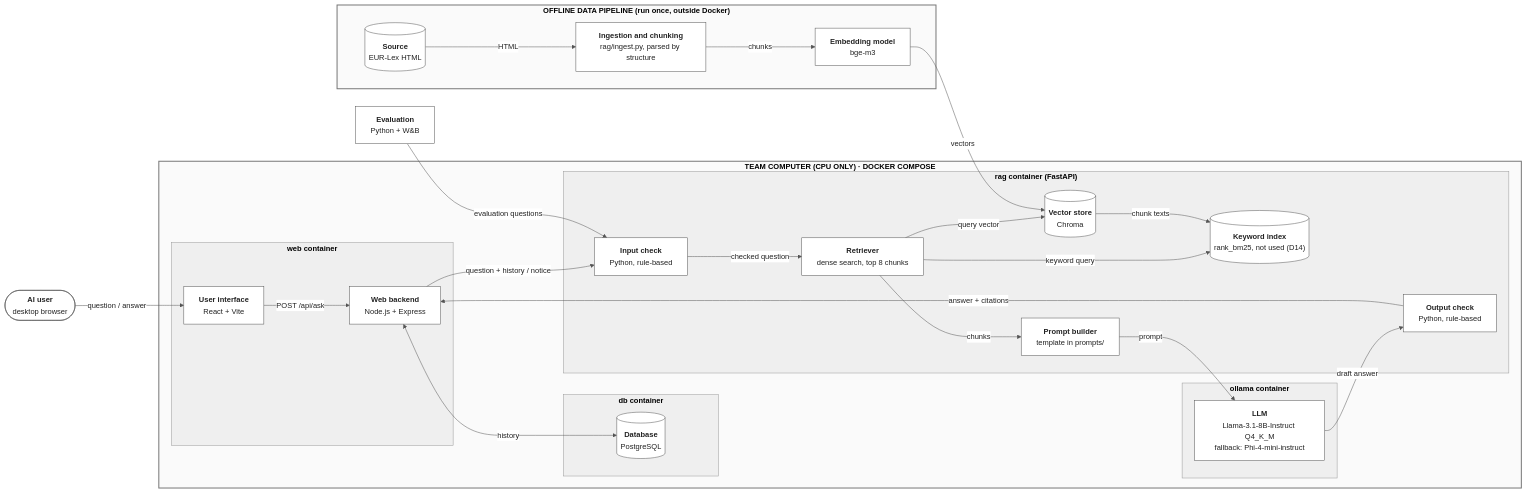
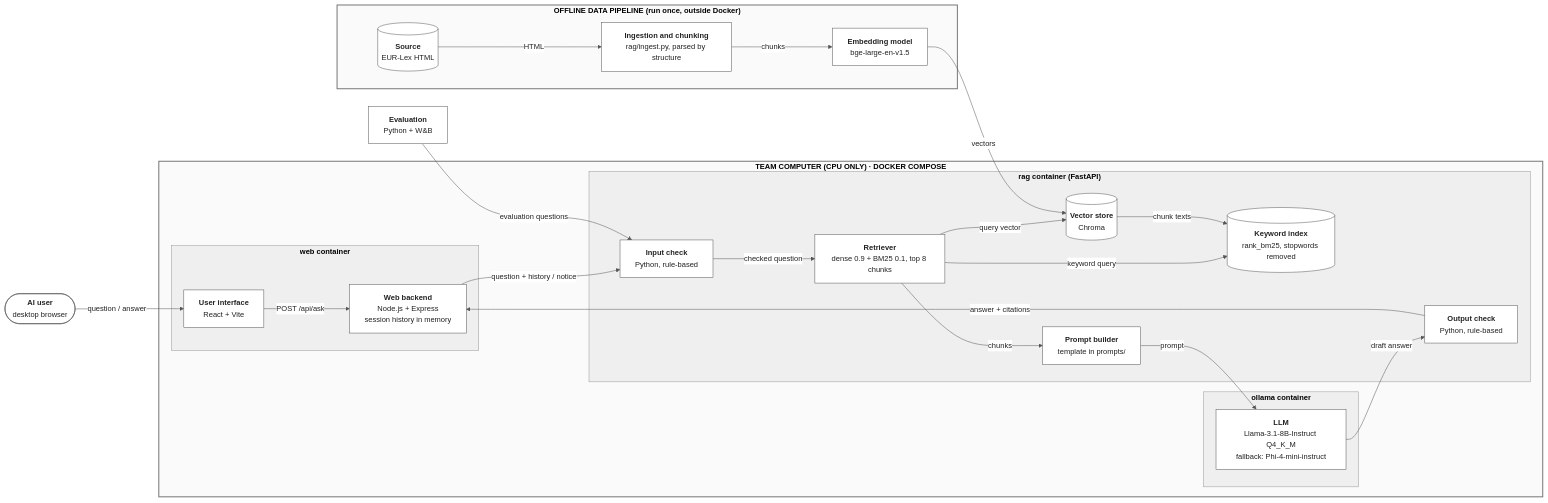
The diagram in Markdown Template/11-system-architecture-design-document.md (ELIZA-DI502/ELIZA_DI502_ORGANIZATION), drawn with Mermaid before and after one commit. The commit also changed other lines of this file and 5 other files, not shown here.

Commit message:
KAN-102: D15 conversation in backend memory (also KAN-26, KAN-6); D13 and D14 from the re-run on the new val split

````diff
--- a/Markdown Template/11-system-architecture-design-document.md
+++ b/Markdown Template/11-system-architecture-design-document.md
@@ -71,58 +71,53 @@
 ```mermaid
 %%{init: {"theme": "base", "themeVariables": {"background": "#ffffff", "primaryColor": "#ffffff", "primaryBorderColor": "#555555", "primaryTextColor": "#222222", "lineColor": "#555555", "clusterBkg": "#f5f5f5", "clusterBorder": "#999999", "edgeLabelBackground": "#ffffff", "fontSize": "15px"}}}%%
 flowchart LR
     user(["<b>AI user</b><br/>desktop browser"])
     eval["<b>Evaluation</b><br/>Python + W&B"]
 
     subgraph gcp["<b>TEAM COMPUTER (CPU ONLY) · DOCKER COMPOSE</b>"]
         subgraph web["<b>web container</b>"]
             ui["<b>User interface</b><br/>React + Vite"]
-            backend["<b>Web backend</b><br/>Node.js + Express"]
-        end
-        subgraph dbc["<b>db container</b>"]
-            db[("<b>Database</b><br/>PostgreSQL")]
+            backend["<b>Web backend</b><br/>Node.js + Express<br/>session history in memory"]
         end
         subgraph rag["<b>rag container (FastAPI)</b>"]
             inchk["<b>Input check</b><br/>Python, rule-based"]
-            retr["<b>Retriever</b><br/>dense search, top 8 chunks"]
-            kw[("<b>Keyword index</b><br/>rank_bm25, not used (D14)")]
+            retr["<b>Retriever</b><br/>dense 0.9 + BM25 0.1, top 8 chunks"]
+            kw[("<b>Keyword index</b><br/>rank_bm25, stopwords removed")]
             vs[("<b>Vector store</b><br/>Chroma")]
             pb["<b>Prompt builder</b><br/>template in prompts/"]
             outchk["<b>Output check</b><br/>Python, rule-based"]
         end
         subgraph ollama["<b>ollama container</b>"]
             llm["<b>LLM</b><br/>Llama-3.1-8B-Instruct Q4_K_M<br/>fallback: Phi-4-mini-instruct"]
         end
     end
 
     subgraph offline["<b>OFFLINE DATA PIPELINE (run once, outside Docker)</b>"]
         src[("<b>Source</b><br/>EUR-Lex HTML")]
         ingest["<b>Ingestion and chunking</b><br/>rag/ingest.py, parsed by structure"]
-        emb["<b>Embedding model</b><br/>bge-m3"]
+        emb["<b>Embedding model</b><br/>bge-large-en-v1.5"]
     end
 
     user -->|question / answer| ui
     ui -->|POST /api/ask| backend
-    backend <-->|history| db
     backend -->|question + history / notice| inchk
     eval -->|evaluation questions| inchk
     inchk -->|checked question| retr
     retr -->|query vector| vs
     retr -->|keyword query| kw
     vs -->|chunk texts| kw
     retr -->|chunks| pb
     pb -->|prompt| llm
     llm -->|draft answer| outchk
     outchk -->|answer + citations| backend
     src -->|HTML| ingest
     ingest -->|chunks| emb
     emb -->|vectors| vs
 
     classDef default fill:#ffffff,stroke:#555555,color:#222222
     style gcp fill:#fafafa,stroke:#777777,stroke-width:2px
     style offline fill:#fafafa,stroke:#777777,stroke-width:2px
     style web fill:#efefef,stroke:#999999
-    style dbc fill:#efefef,stroke:#999999
     style rag fill:#efefef,stroke:#999999
     style ollama fill:#efefef,stroke:#999999
 ```
````
